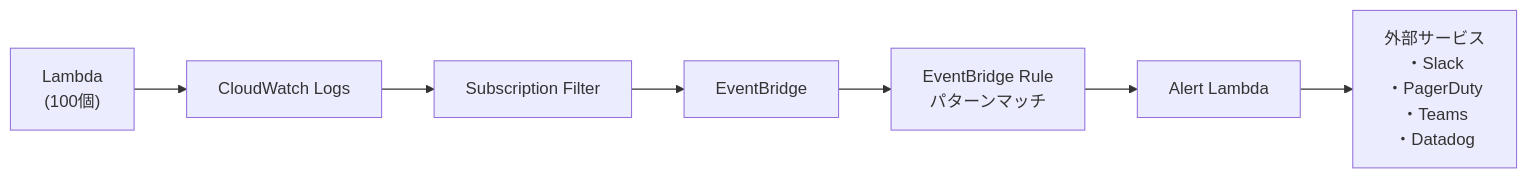
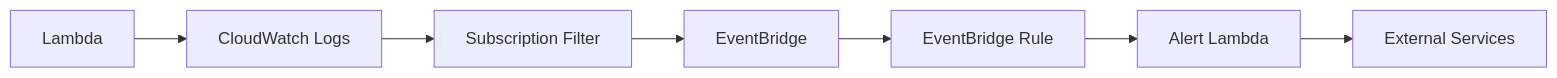
One commit to NagasakaH/lambda-log changed the eighth of 9 diagrams in アラーム方法調査.md. Above: the diagram before and after it, drawn with Mermaid. The commit also changed other lines of this file and 1 other file, not shown here.

````diff
--- a/アラーム方法調査.md
+++ b/アラーム方法調査.md
@@ -455,9 +455,9 @@
 ```mermaid
 flowchart LR
-    Lambda["Lambda<br/>(100個)"] --> LG["CloudWatch Logs"]
-    LG --> SF["Subscription Filter"]
-    SF --> EB["EventBridge"]
-    EB --> Rule["EventBridge Rule<br/>パターンマッチ"]
-    Rule --> AlertLambda["Alert Lambda"]
-    AlertLambda --> External["外部サービス<br/>・Slack<br/>・PagerDuty<br/>・Teams<br/>・Datadog"]
+    Lambda[Lambda] --> LG[CloudWatch Logs]
+    LG --> SF[Subscription Filter]
+    SF --> EB[EventBridge]
+    EB --> Rule[EventBridge Rule]
+    Rule --> AlertLambda[Alert Lambda]
+    AlertLambda --> External[External Services]
 ```
````
